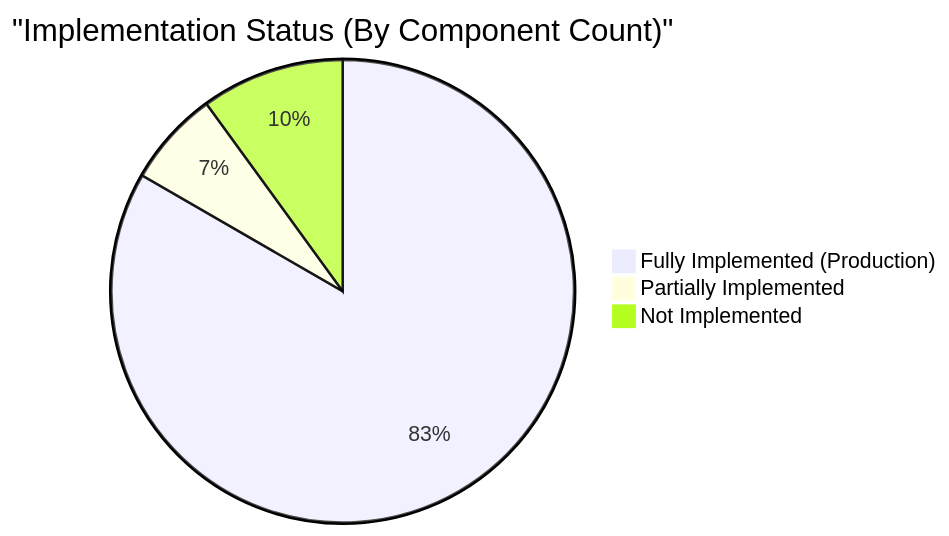
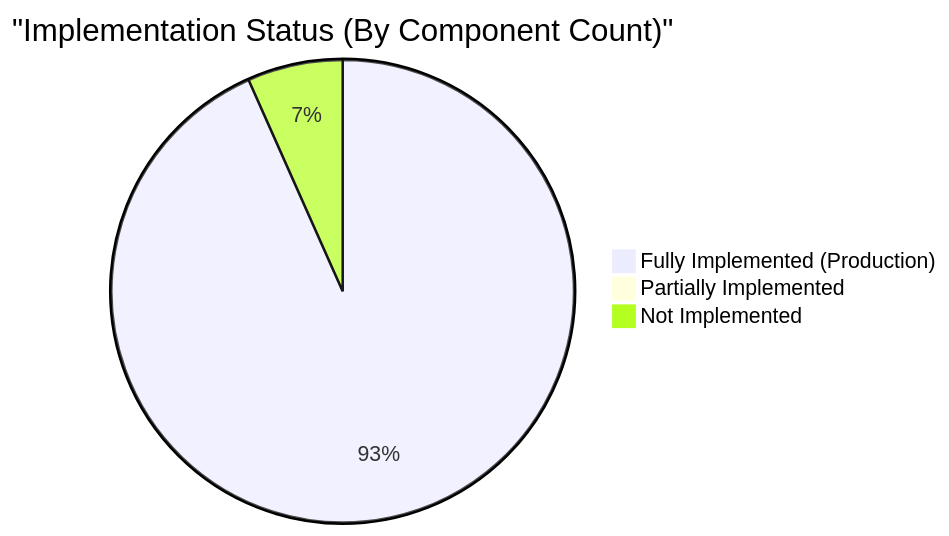
The second of 9 diagrams in docs/alpr/project-architecture-chart.md (Azhundev/oversight-alpr-app), drawn with Mermaid before and after one commit. The commit also changed other lines of this file and 17 other files, not shown here.

````diff
--- a/docs/alpr/project-architecture-chart.md
+++ b/docs/alpr/project-architecture-chart.md
@@ -154,6 +157,6 @@
 ```mermaid
 pie title "Implementation Status (By Component Count)"
-    "Fully Implemented (Production)" : 25
-    "Partially Implemented" : 2
-    "Not Implemented" : 3
+    "Fully Implemented (Production)" : 28
+    "Partially Implemented" : 0
+    "Not Implemented" : 2
 ```
````
